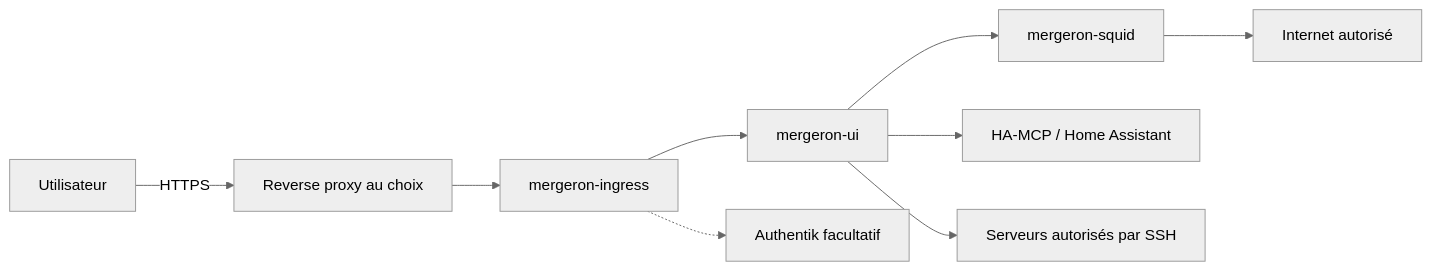
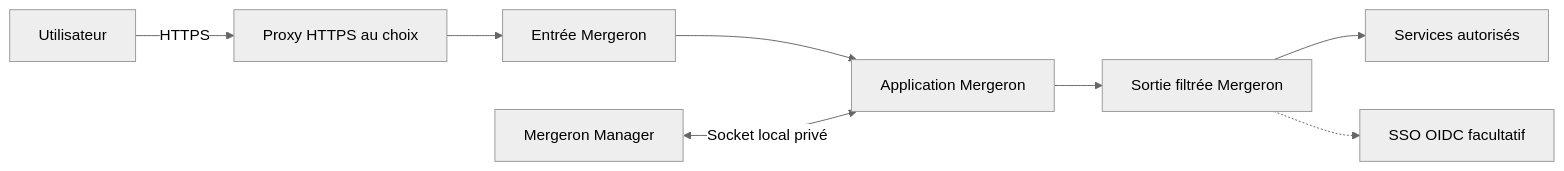
The diagram in README.md (maxhugit/mergeron), drawn with Mermaid (neutral theme) before and after one commit. The commit also changed other lines of this file and 24 other files, not shown here.

````diff
--- a/README.md
+++ b/README.md
@@ -66,11 +37,10 @@
 ```mermaid
 flowchart LR
-    U[Utilisateur] -->|HTTPS| T[Reverse proxy au choix]
-    T --> N[mergeron-ingress]
-    N --> C[mergeron-ui]
-    N -.-> A[Authentik facultatif]
-    C --> S[mergeron-squid]
-    S --> I[Internet autorisé]
-    C --> H[HA-MCP / Home Assistant]
-    C --> X[Serveurs autorisés par SSH]
+    U[Utilisateur] -->|HTTPS| P[Proxy HTTPS au choix]
+    P --> E[Entrée Mergeron]
+    E --> A[Application Mergeron]
+    A --> S[Sortie filtrée Mergeron]
+    S --> X[Services autorisés]
+    S -.-> I[SSO OIDC facultatif]
+    M[Mergeron Manager] <-->|Socket local privé| A
 ```
````
